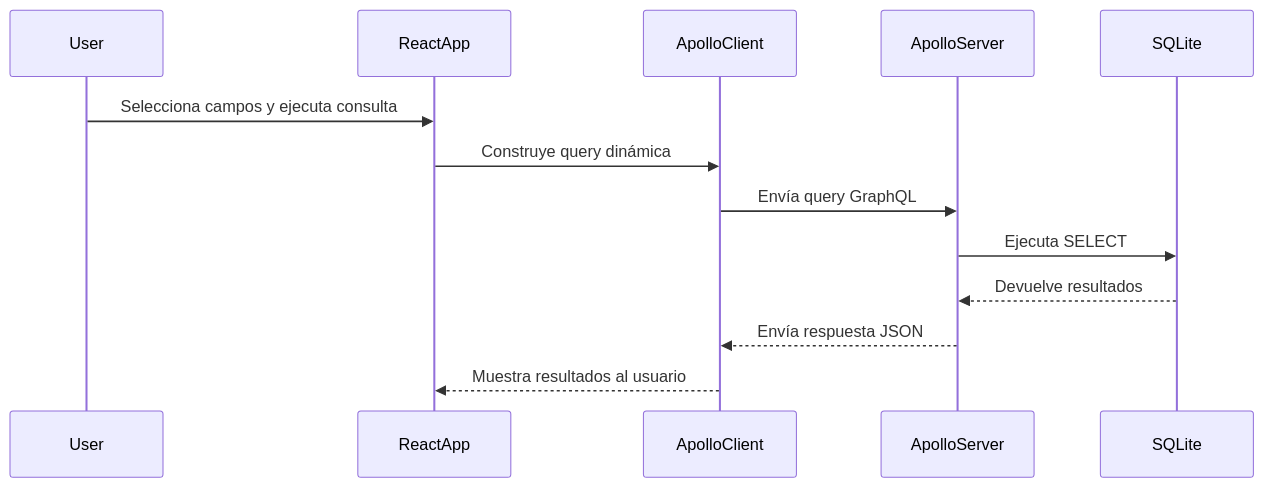
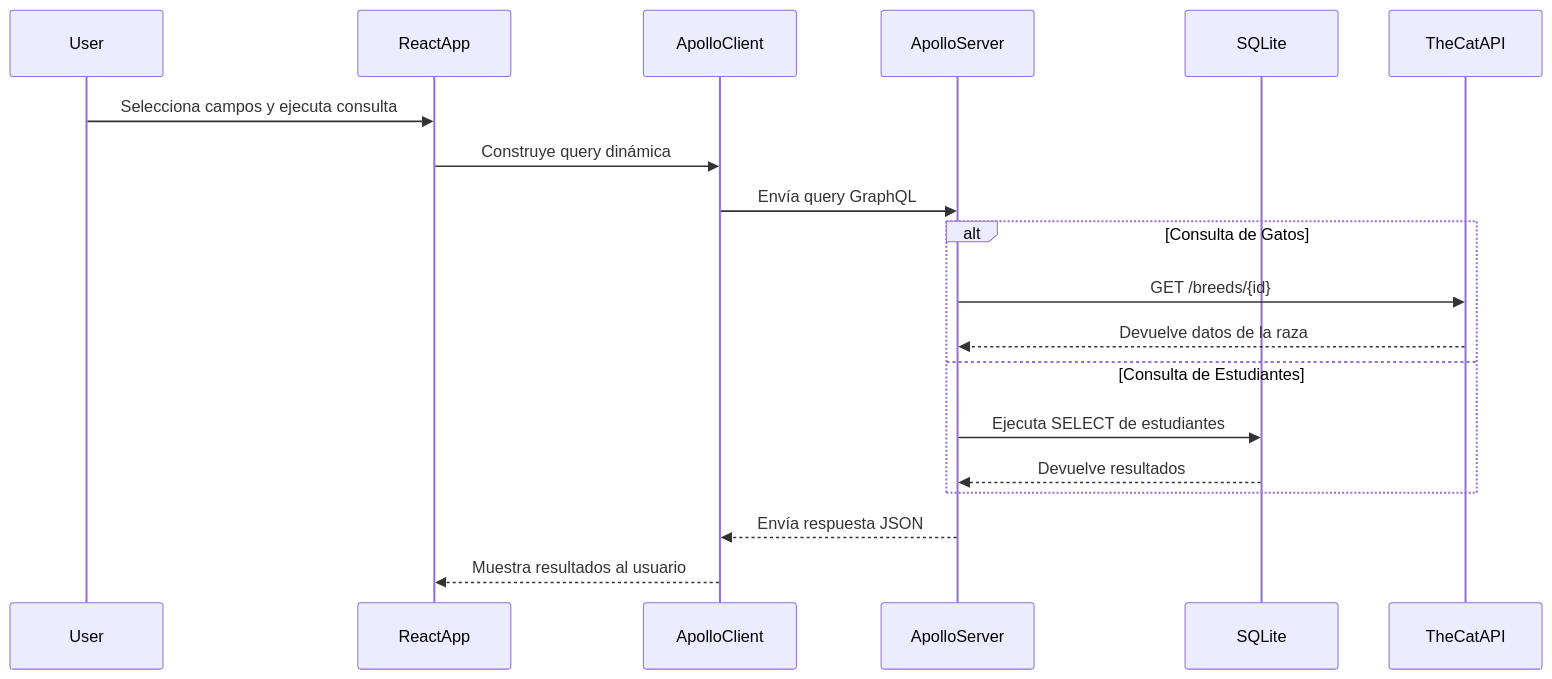
One commit to JuanGomePer/graphql changed the diagram in README.md. Above: the diagram before and after it, drawn with Mermaid. The commit also changed other lines of this file, not shown here.

````diff
--- a/README.md
+++ b/README.md
@@ -112,16 +139,22 @@
 ```mermaid
 sequenceDiagram
     participant User
     participant ReactApp
     participant ApolloClient
     participant ApolloServer
     participant SQLite
+    participant TheCatAPI
 
     User->>ReactApp: Selecciona campos y ejecuta consulta
     ReactApp->>ApolloClient: Construye query dinámica
     ApolloClient->>ApolloServer: Envía query GraphQL
-    ApolloServer->>SQLite: Ejecuta SELECT
-    SQLite-->>ApolloServer: Devuelve resultados
+    alt Consulta de Gatos
+        ApolloServer->>TheCatAPI: GET /breeds/{id}
+        TheCatAPI-->>ApolloServer: Devuelve datos de la raza
+    else Consulta de Estudiantes
+        ApolloServer->>SQLite: Ejecuta SELECT de estudiantes
+        SQLite-->>ApolloServer: Devuelve resultados
+    end
     ApolloServer-->>ApolloClient: Envía respuesta JSON
     ApolloClient-->>ReactApp: Muestra resultados al usuario
 ```
````
